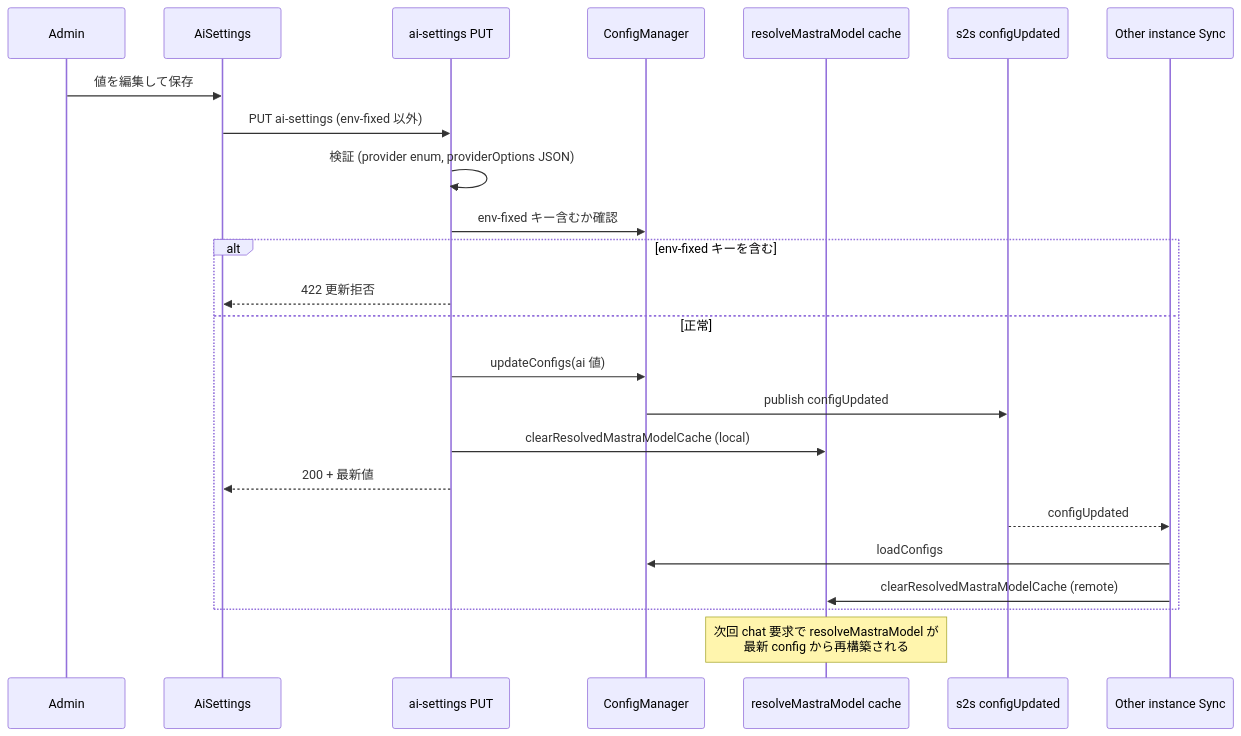
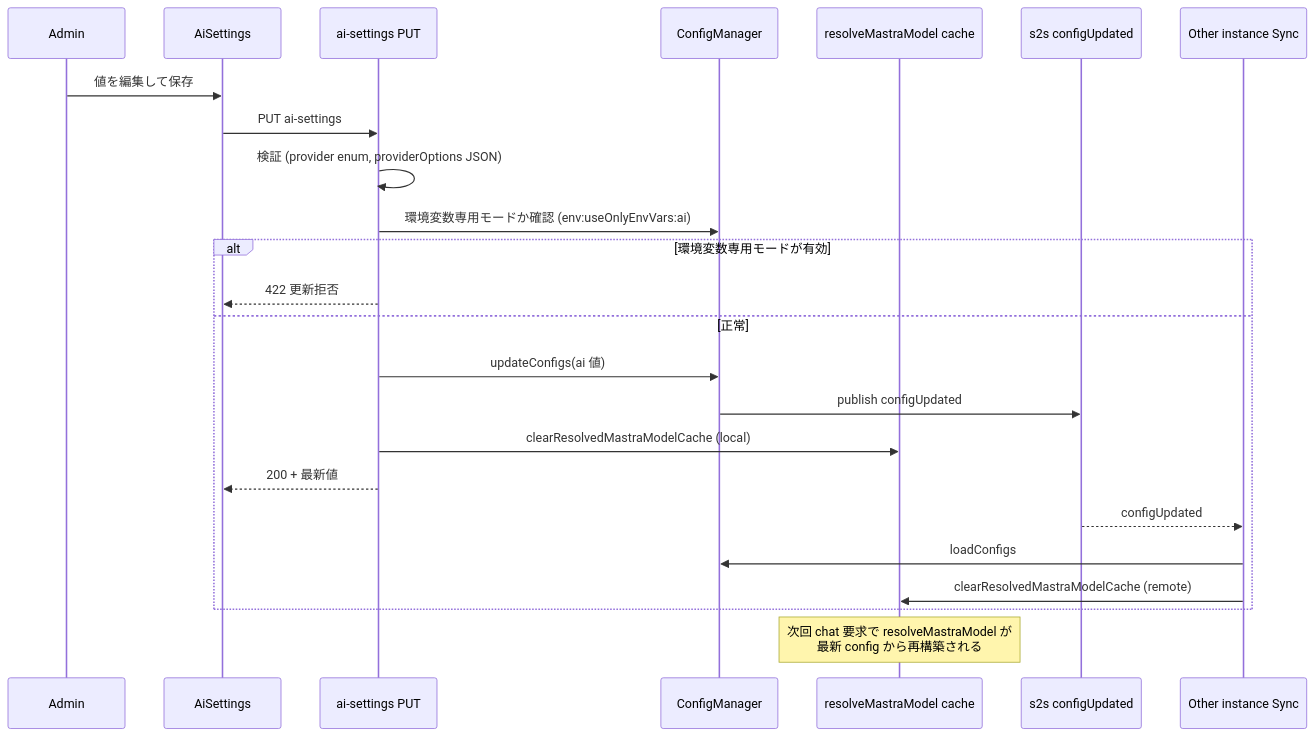
One commit to growilabs/growi changed the second of 2 diagrams in .kiro/specs/admin-ai-settings/design.md. Above: the diagram before and after it, drawn with Mermaid. The commit also changed other lines of this file and 3 other files, not shown here.

````diff
--- a/.kiro/specs/admin-ai-settings/design.md
+++ b/.kiro/specs/admin-ai-settings/design.md
@@ -160,27 +160,27 @@
 ```mermaid
 sequenceDiagram
     participant Admin
     participant UI as AiSettings
     participant API as ai-settings PUT
     participant CM as ConfigManager
     participant Cache as resolveMastraModel cache
     participant S2S as s2s configUpdated
     participant Other as Other instance Sync
 
     Admin->>UI: 値を編集して保存
-    UI->>API: PUT ai-settings (env-fixed 以外)
+    UI->>API: PUT ai-settings
     API->>API: 検証 (provider enum, providerOptions JSON)
-    API->>CM: env-fixed キー含むか確認
-    alt env-fixed キーを含む
+    API->>CM: 環境変数専用モードか確認 (env:useOnlyEnvVars:ai)
+    alt 環境変数専用モードが有効
         API-->>UI: 422 更新拒否
     else 正常
         API->>CM: updateConfigs(ai 値)
         CM->>S2S: publish configUpdated
         API->>Cache: clearResolvedMastraModelCache (local)
         API-->>UI: 200 + 最新値
         S2S-->>Other: configUpdated
         Other->>CM: loadConfigs
         Other->>Cache: clearResolvedMastraModelCache (remote)
     end
     Note over Cache: 次回 chat 要求で resolveMastraModel が<br/>最新 config から再構築される
 ```
````
